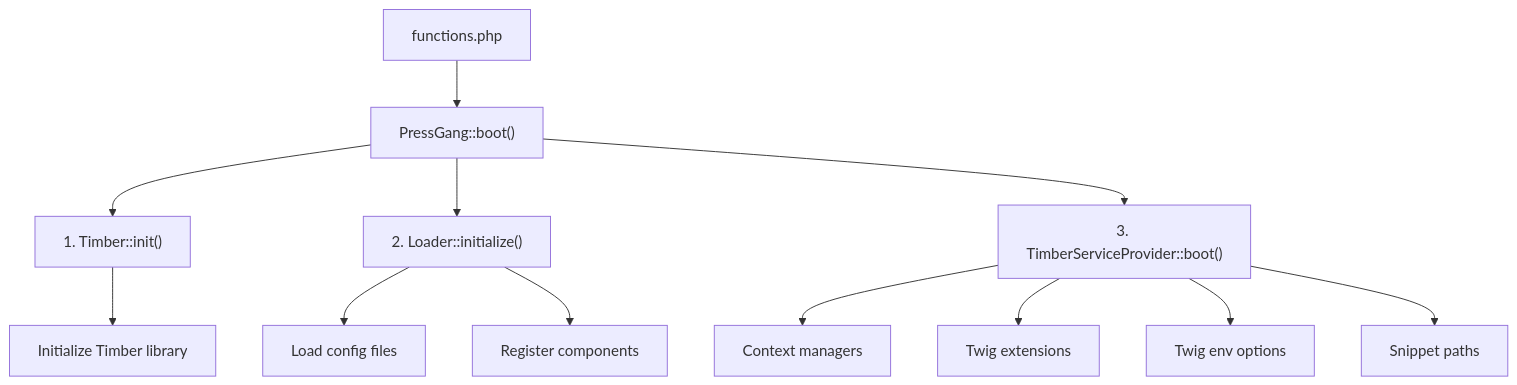
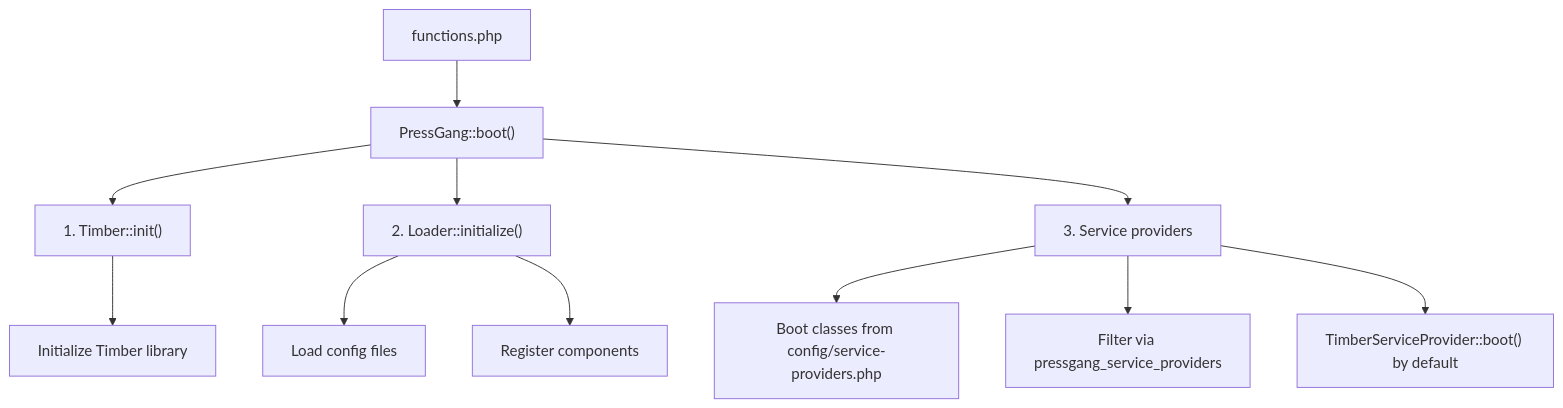
Before and after one commit to pressgang-wp/pressgang: the diagram in docs/BOOT-SEQUENCE.md, drawn with Mermaid. The commit also changed other lines of this file and 8 other files, not shown here.

First line of the commit message:
Add service provider system and config

````diff
--- a/docs/BOOT-SEQUENCE.md
+++ b/docs/BOOT-SEQUENCE.md
@@ -9,14 +9,13 @@
 ```mermaid
 graph TD
     A["functions.php"] --> B["PressGang::boot()"]
     B --> C["1. Timber::init()"]
     B --> D["2. Loader::initialize()"]
-    B --> E["3. TimberServiceProvider::boot()"]
+    B --> E["3. Service providers"]
     C --> C1["Initialize Timber library"]
     D --> D1["Load config files"]
     D --> D2["Register components"]
-    E --> E1["Context managers"]
-    E --> E2["Twig extensions"]
-    E --> E3["Twig env options"]
-    E --> E4["Snippet paths"]
+    E --> E1["Boot classes from config/service-providers.php"]
+    E --> E2["Filter via pressgang_service_providers"]
+    E --> E3["TimberServiceProvider::boot() by default"]
 ```
````
